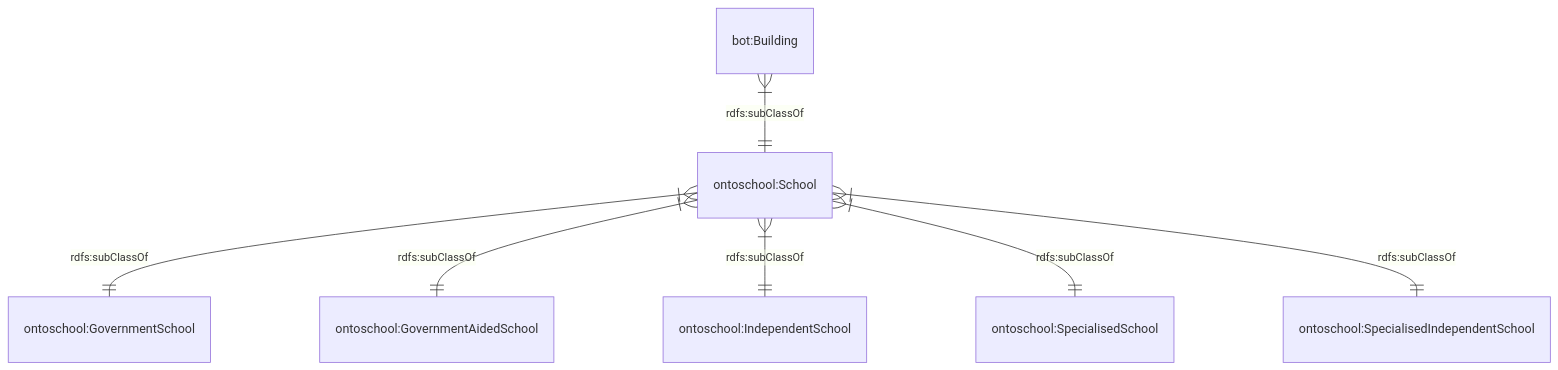
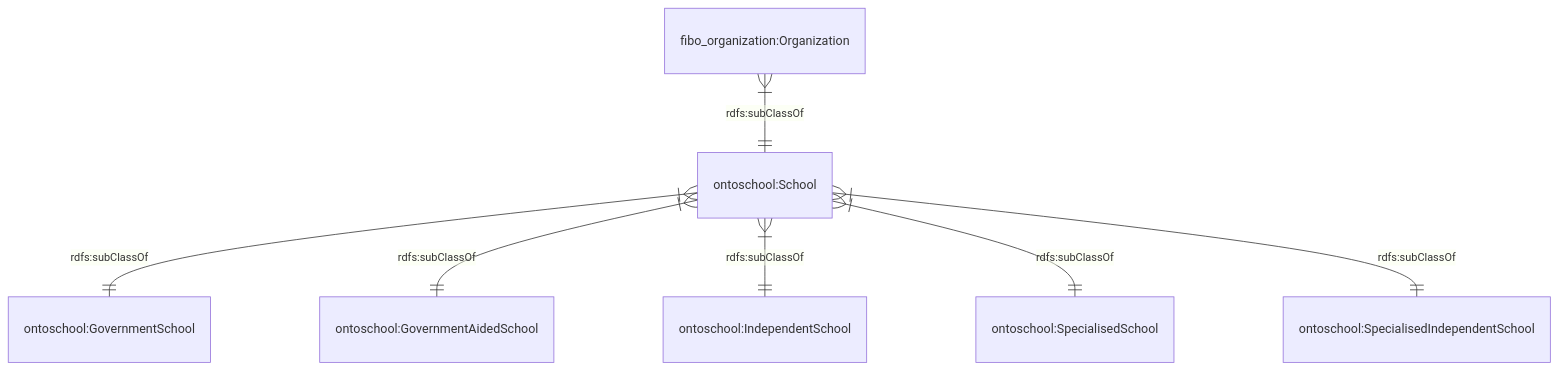
Before and after one commit to cambridge-cares/TheWorldAvatar: the first of 6 diagrams in JPS_Ontology/ontology/ontoschool/README.MD, drawn with Mermaid. The commit also changed other lines of this file, not shown here.

Commit message:
1781-dev-ontoschool: Update README

````diff
--- a/JPS_Ontology/ontology/ontoschool/README.MD
+++ b/JPS_Ontology/ontology/ontoschool/README.MD
@@ -17,10 +18,10 @@
 ```mermaid
     erDiagram
-    "bot:Building" }|--|| "ontoschool:School" : "rdfs:subClassOf"
+    "fibo_organization:Organization" }|--|| "ontoschool:School" : "rdfs:subClassOf"
     "ontoschool:School" }|--|| "ontoschool:GovernmentSchool" : "rdfs:subClassOf"
     "ontoschool:School" }|--|| "ontoschool:GovernmentAidedSchool" : "rdfs:subClassOf"
     "ontoschool:School" }|--|| "ontoschool:IndependentSchool" : "rdfs:subClassOf"
     "ontoschool:School" }|--|| "ontoschool:SpecialisedSchool" : "rdfs:subClassOf"
     "ontoschool:School" }|--|| "ontoschool:SpecialisedIndependentSchool" : "rdfs:subClassOf"
 
 ```
````
